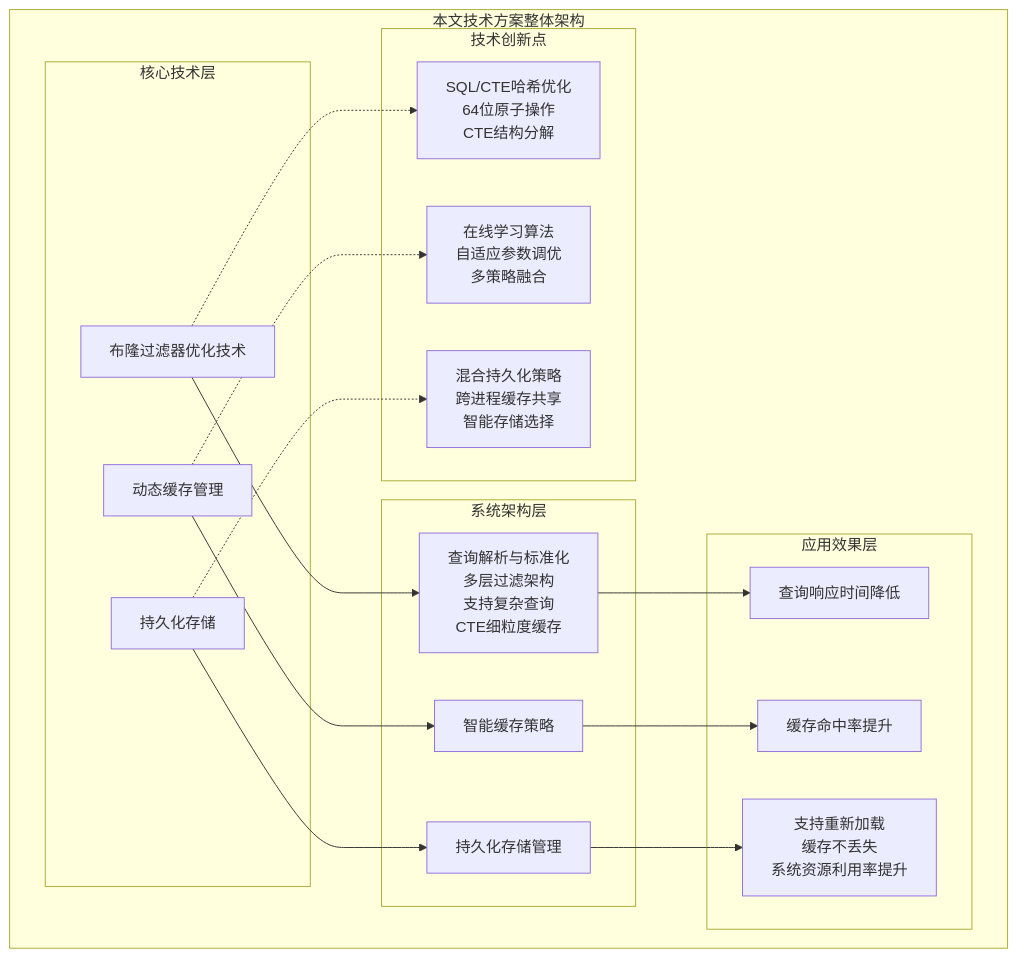
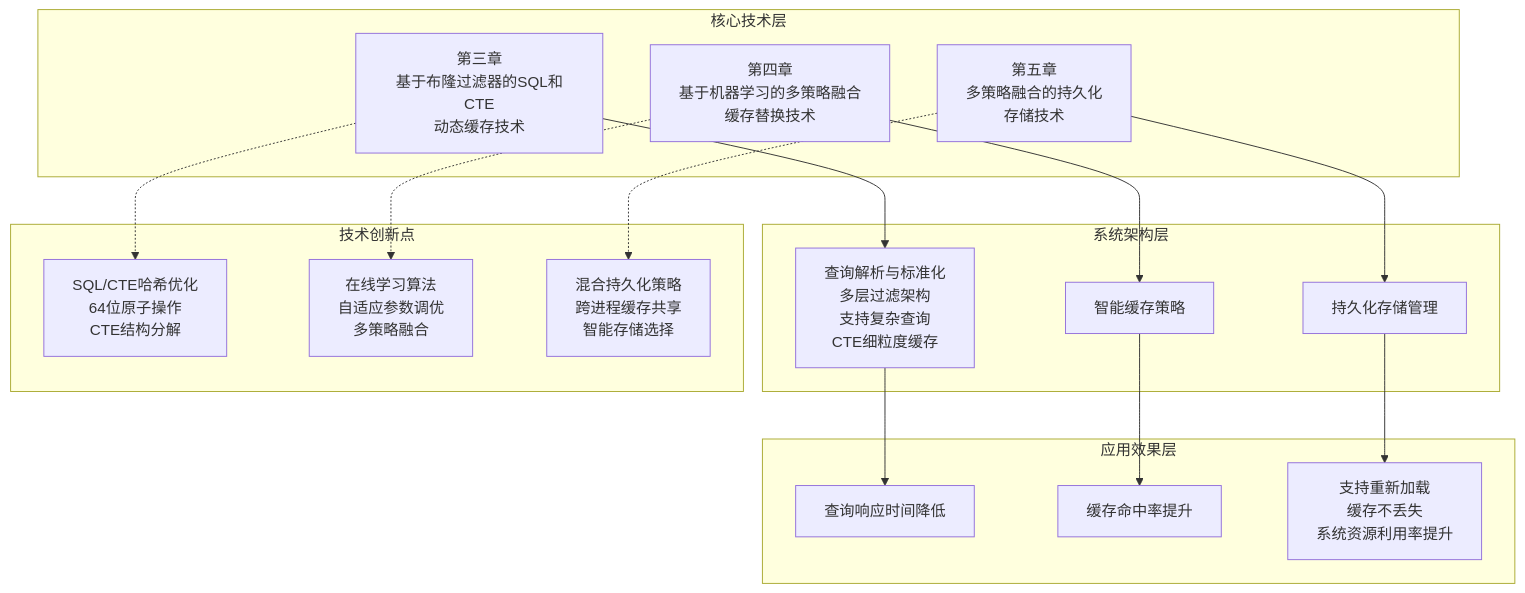
The second of 2 diagrams in md/第一章-绪论.md (crazypenguincode/duckdb), drawn with Mermaid before and after one commit. The commit also changed other lines of this file and 22 other files, not shown here.

````diff
--- a/md/第一章-绪论.md
+++ b/md/第一章-绪论.md
@@ -137,41 +125,39 @@
 ```mermaid
-graph TB
-    subgraph "本文技术方案整体架构"
+graph TD
         subgraph "核心技术层"
-            A1[布隆过滤器优化技术]
-            A2[动态缓存管理]
-            A3[持久化存储]
+            A1[第三章<br>基于布隆过滤器的SQL和CTE<br>动态缓存技术]
+            A2[第四章<br>基于机器学习的多策略融合<br>缓存替换技术]
+            A3[第五章<br>多策略融合的持久化<br>存储技术]
         end
         
         subgraph "系统架构层"
             B1[查询解析与标准化<br />多层过滤架构<br/>支持复杂查询<br/>CTE细粒度缓存]
             B2[智能缓存策略]
             B3[持久化存储管理]
         end
         
         subgraph "应用效果层"
             C1[查询响应时间降低]
             C2[缓存命中率提升]
             C3[支持重新加载<br />缓存不丢失<br />系统资源利用率提升]
         end
         
         A1 --> B1
         A2 --> B2
         A3 --> B3
         
         B1 --> C1
         B2 --> C2
         B3 --> C3
         
         subgraph "技术创新点"
             D1[SQL/CTE哈希优化<br/>64位原子操作<br/>CTE结构分解]
             D2[在线学习算法<br/>自适应参数调优<br/>多策略融合]
             D3[混合持久化策略<br/>跨进程缓存共享<br/>智能存储选择]
         end
         
         A1 -.-> D1
         A2 -.-> D2
         A3 -.-> D3
-    end
 
 ```
````
